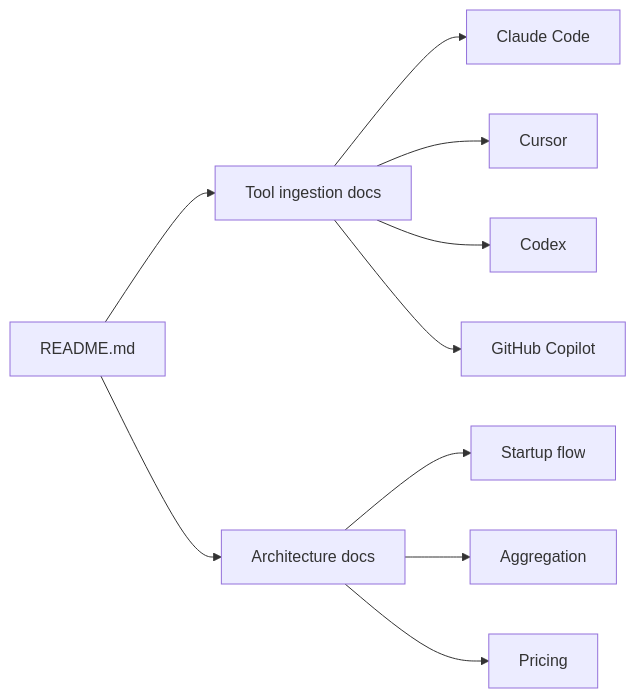
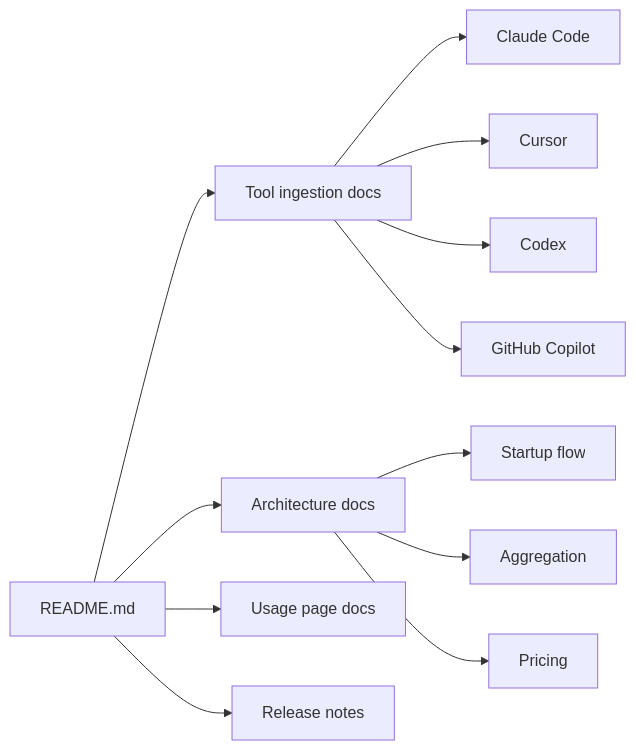
One commit to russmckendrick/tokenuse changed the diagram in docs/README.md. Above: the diagram before and after it, drawn with Mermaid. The commit also changed other lines of this file and 22 other files, not shown here.

````diff
--- a/docs/README.md
+++ b/docs/README.md
@@ -5,12 +5,14 @@
 ```mermaid
 flowchart LR
     A[README.md] --> B[Tool ingestion docs]
     A --> C[Architecture docs]
+    A --> U[Usage page docs]
+    A --> R[Release notes]
     B --> D[Claude Code]
     B --> E[Cursor]
     B --> F[Codex]
     B --> G[GitHub Copilot]
     C --> H[Startup flow]
     C --> I[Aggregation]
     C --> J[Pricing]
 ```
````
